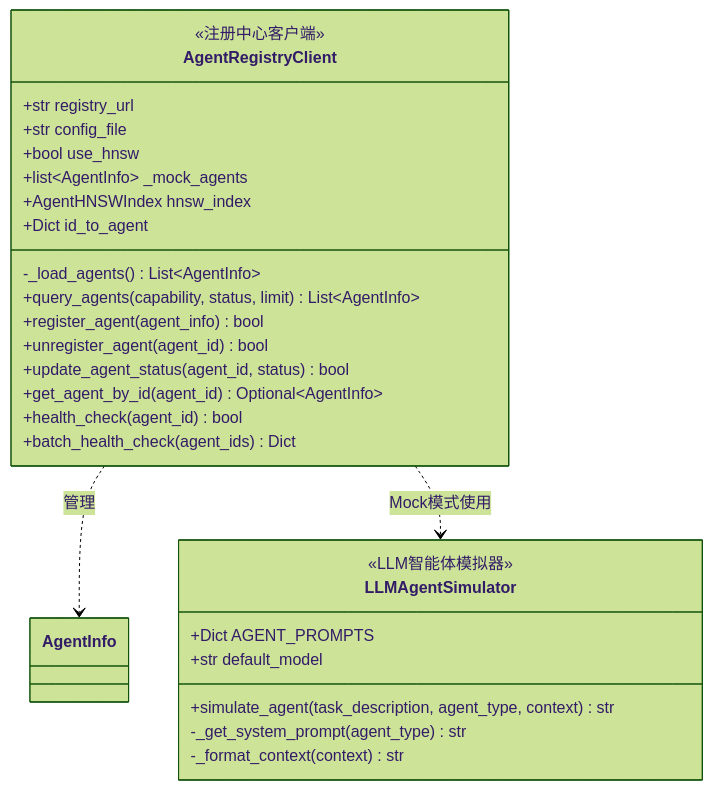
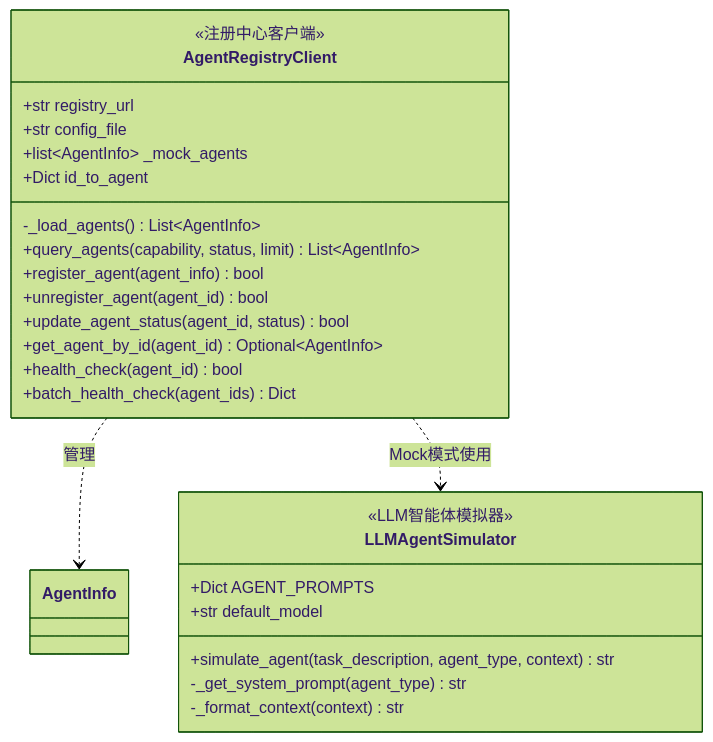
The fourth of 9 diagrams in 接口/类图.md (yezzze/Autonomous-Transportation-System), drawn with Mermaid (forest theme) before and after one commit. The commit also changed other lines of this file and 39 other files, not shown here.

````diff
--- a/接口/类图.md
+++ b/接口/类图.md
@@ -364,35 +357,33 @@
 ```mermaid
 classDiagram
     class AgentRegistryClient {
         <<注册中心客户端>>
         +str registry_url
         +str config_file
-        +bool use_hnsw
         +list~AgentInfo~ _mock_agents
-        +AgentHNSWIndex hnsw_index
         +Dict id_to_agent
         -_load_agents() List~AgentInfo~
         +query_agents(capability, status, limit) List~AgentInfo~
         +register_agent(agent_info) bool
         +unregister_agent(agent_id) bool
         +update_agent_status(agent_id, status) bool
         +get_agent_by_id(agent_id) Optional~AgentInfo~
         +health_check(agent_id) bool
         +batch_health_check(agent_ids) Dict
     }
     
     
     
     class LLMAgentSimulator {
         <<LLM智能体模拟器>>
         +Dict AGENT_PROMPTS
         +str default_model
         +simulate_agent(task_description, agent_type, context) str
         -_get_system_prompt(agent_type) str
         -_format_context(context) str
     }
     
     
     AgentRegistryClient ..> AgentInfo : 管理
     AgentRegistryClient ..> LLMAgentSimulator : Mock模式使用
 ```
````
